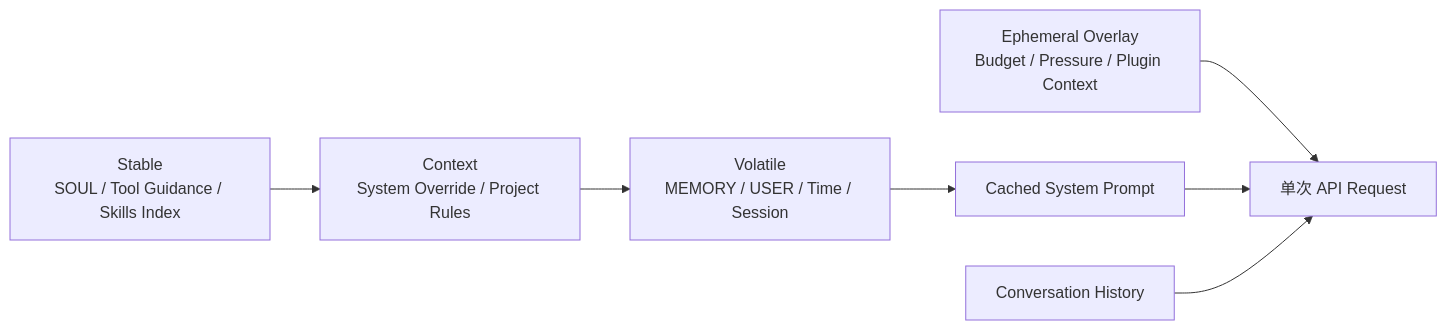
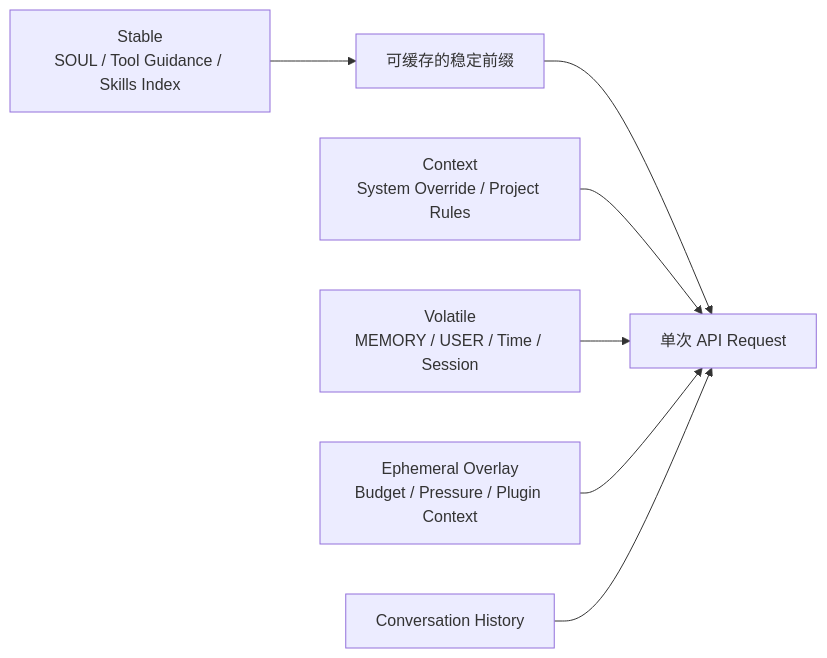
One commit to MarkingYang/aidea-lab changed the third of 3 diagrams in src/content/writing/hermes-agent-architecture-deep-dive.md. Above: the diagram before and after it, drawn with Mermaid. The commit also changed other lines of this file and 51 other files, not shown here.

````diff
--- a/src/content/writing/hermes-agent-architecture-deep-dive.md
+++ b/src/content/writing/hermes-agent-architecture-deep-dive.md
@@ -118,9 +125,9 @@
 ```mermaid
 flowchart LR
-  S[Stable<br/>SOUL / Tool Guidance / Skills Index] --> C[Context<br/>System Override / Project Rules]
-  C --> V[Volatile<br/>MEMORY / USER / Time / Session]
-  V --> P[Cached System Prompt]
-  X[Ephemeral Overlay<br/>Budget / Pressure / Plugin Context] --> R[单次 API Request]
-  P --> R
+  S[Stable<br/>SOUL / Tool Guidance / Skills Index] --> P[可缓存的稳定前缀]
+  P --> R[单次 API Request]
+  C[Context<br/>System Override / Project Rules] --> R
+  V[Volatile<br/>MEMORY / USER / Time / Session] --> R
+  X[Ephemeral Overlay<br/>Budget / Pressure / Plugin Context] --> R
   H[Conversation History] --> R
 ```
````
